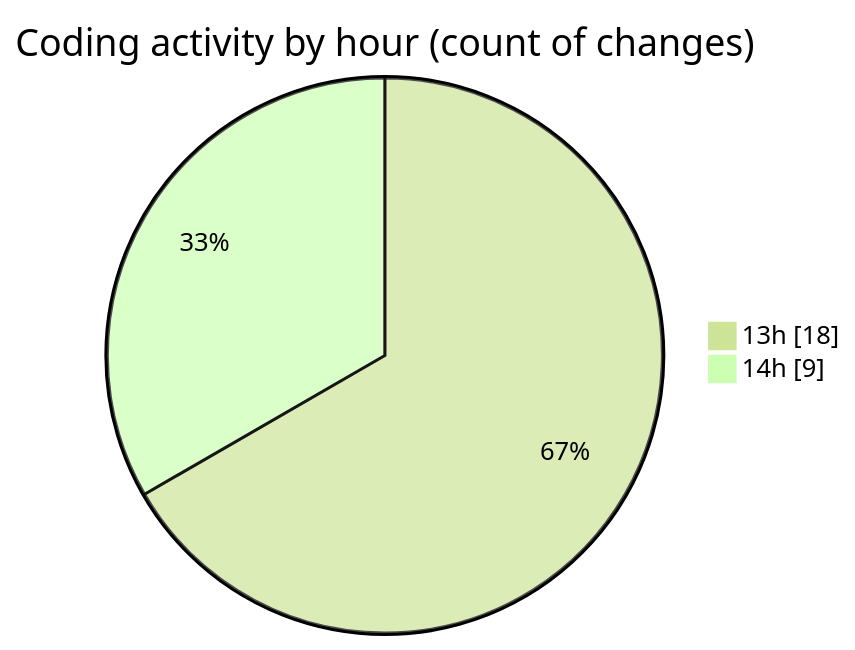
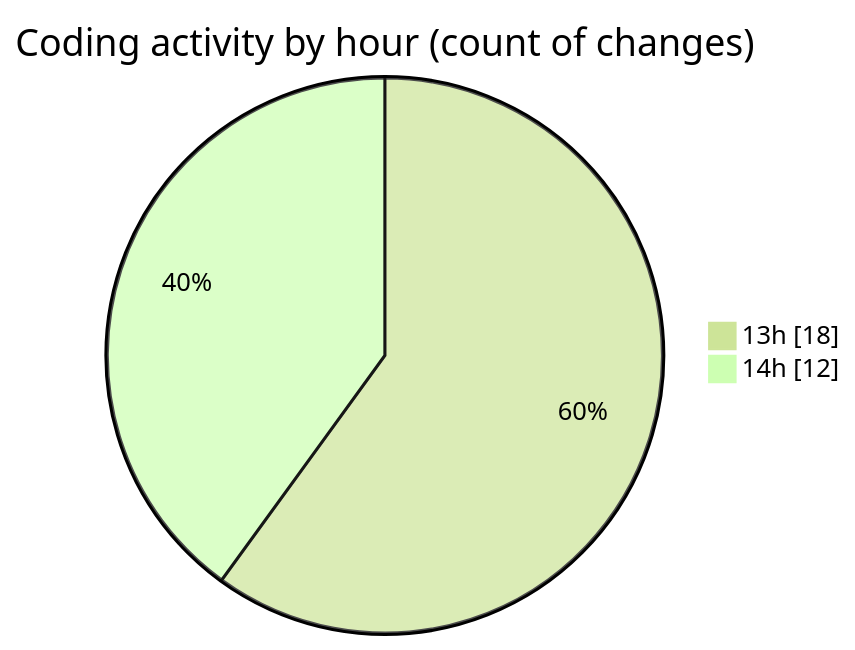
Before and after one commit to idhammustaqopulfikri/code-tracking: the second of 2 diagrams in 2025-06-16/studio-backend/README.md, drawn with Mermaid (forest theme). The commit also changed other lines of this file and 1 other file, not shown here.

````diff
--- a/2025-06-16/studio-backend/README.md
+++ b/2025-06-16/studio-backend/README.md
@@ -33,6 +33,6 @@
 ```mermaid
 pie showData
 title Coding activity by hour (count of changes)
 "13h" : 18
-"14h" : 9
+"14h" : 12
 ```
````
